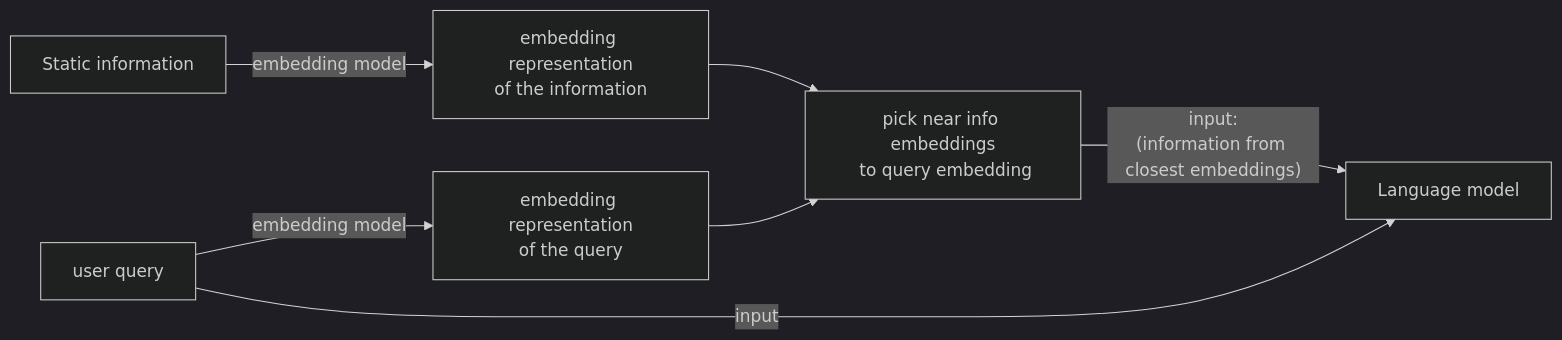
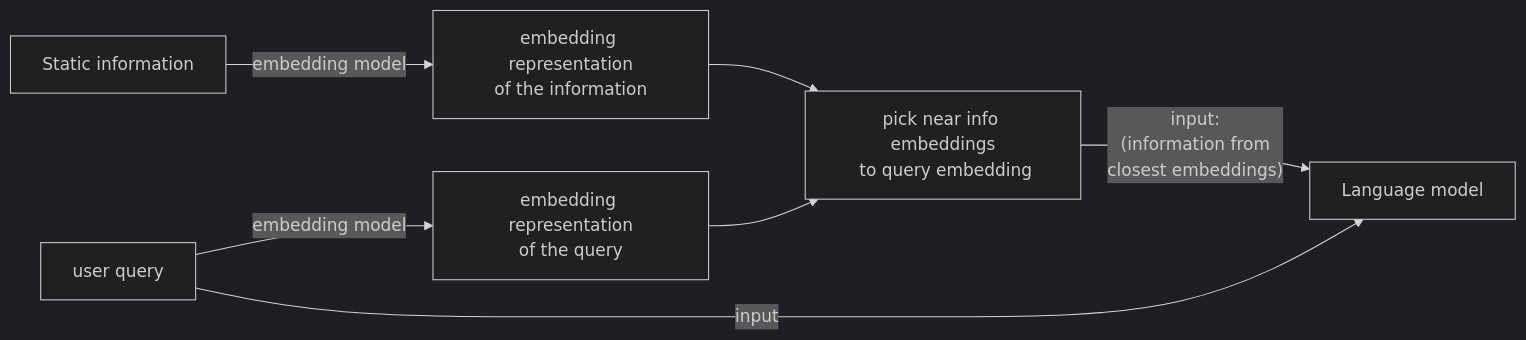
One commit to alexgf0/rag changed the diagram in README.md. Above: the diagram before and after it, drawn with Mermaid (dark theme). The commit also changed other lines of this file and 3 other files, not shown here.

````diff
--- a/README.md
+++ b/README.md
@@ -51,11 +64,11 @@
 ```mermaid
 flowchart LR
     info[Static information] -- embedding model --> emb_info[embedding representation<br>of the information]
     query[user query] -- embedding model --> emb_query[embedding representation<br>of the query]
 
     emb_info --> dist[pick near info embeddings<br> to query embedding]
     emb_query --> dist
 
-    dist -- input:<br>(information from closest embeddings)  --> lm[Language model]
+    dist -- input:<br>(information from<br>closest embeddings)  --> lm[Language model]
     query -- input --> lm
 ```
````
